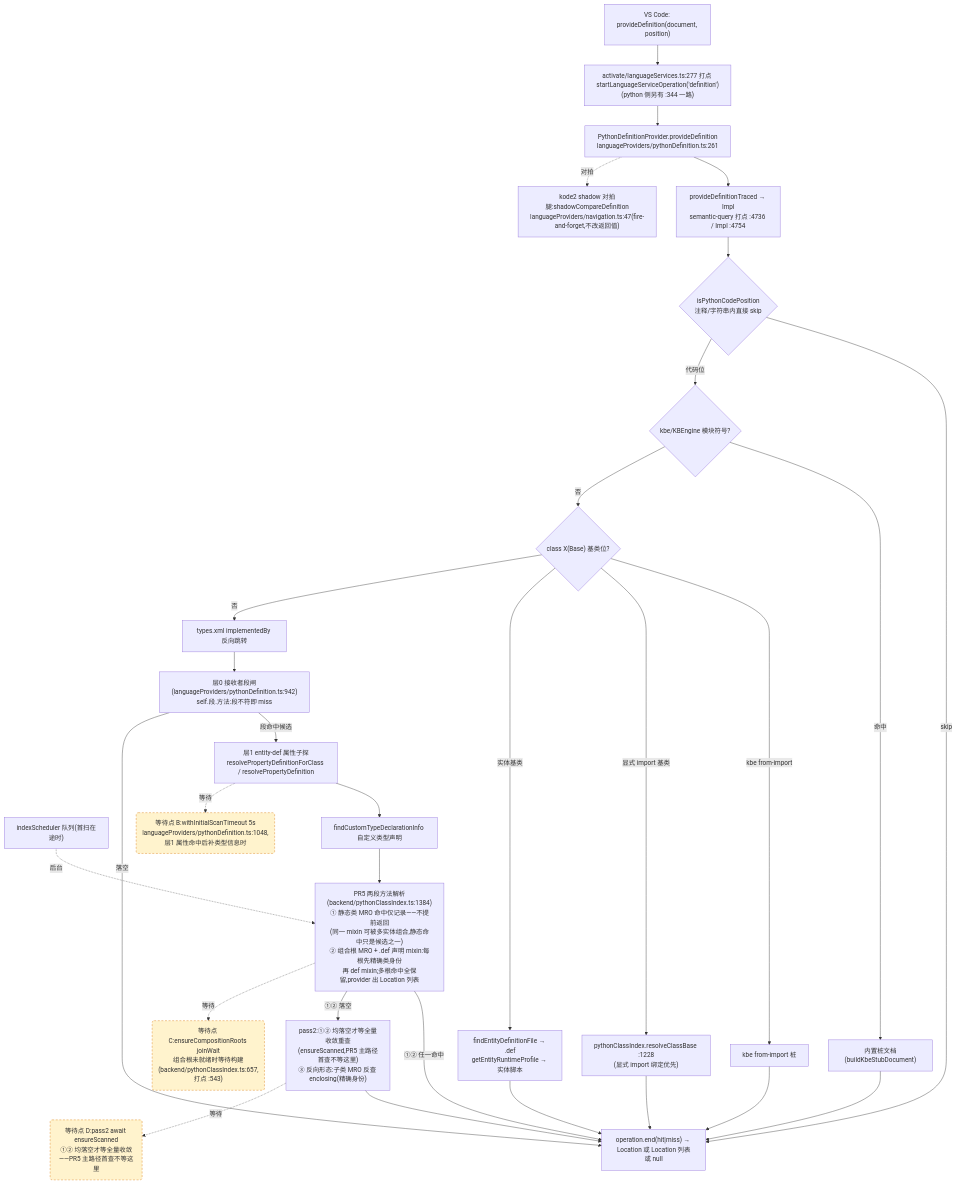
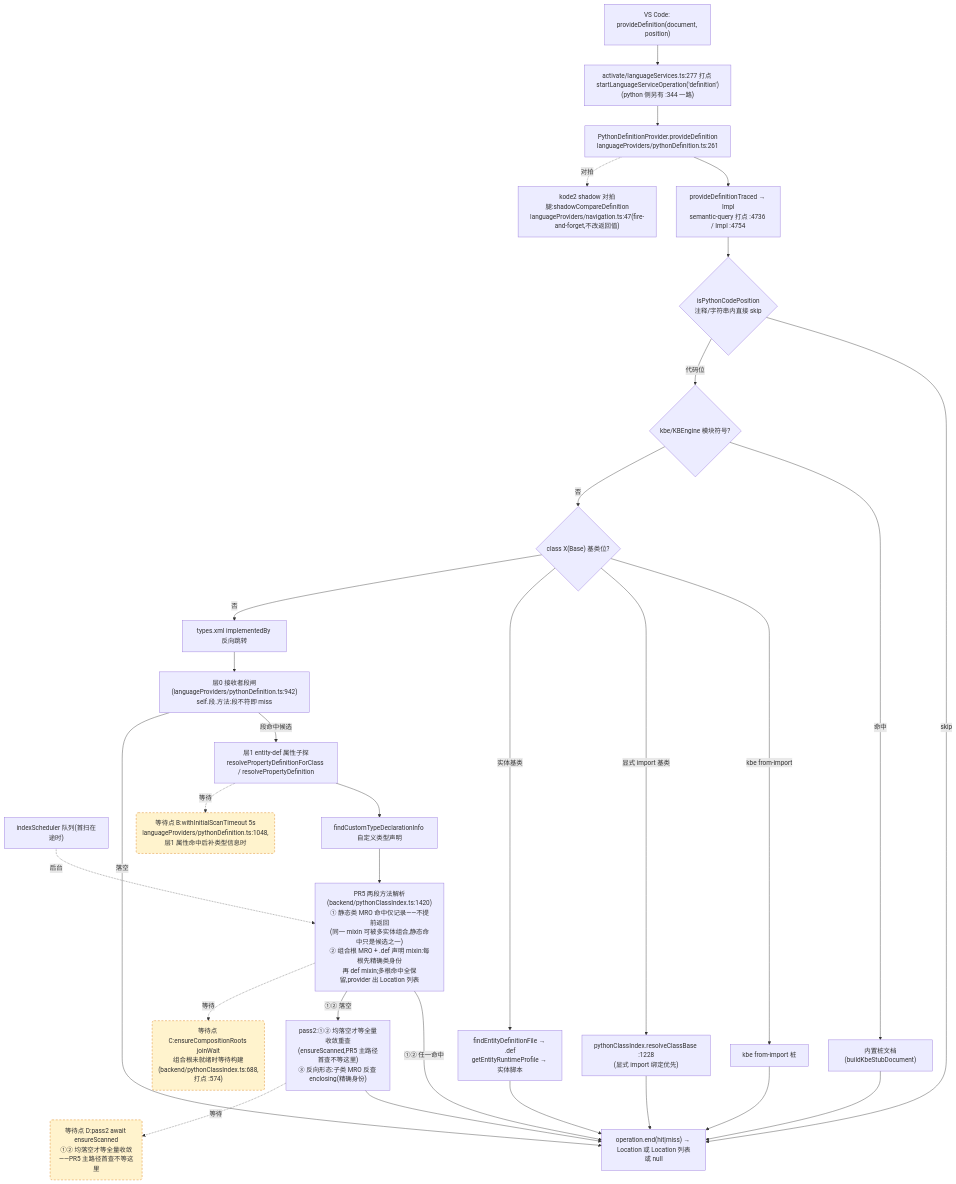
One commit to cuihairu/kode changed the second of 4 diagrams in docs/perf/2026-baseline.md. Above: the diagram before and after it, drawn with Mermaid. The commit also changed 5 other files, not shown here.

````diff
--- a/docs/perf/2026-baseline.md
+++ b/docs/perf/2026-baseline.md
@@ -140,51 +140,51 @@
 ```mermaid
 flowchart TD
   VC2["VS Code: provideDefinition(document, position)"]
   M2["activate/languageServices.ts:277 打点 startLanguageServiceOperation('definition')<br/>(python 侧另有 :344 一路)"]
   AD2["PythonDefinitionProvider.provideDefinition<br/>languageProviders/pythonDefinition.ts:261"]
   TR["provideDefinitionTraced → Impl<br/>semantic-query 打点 :4736 / Impl :4754"]
   CTX{"isPythonCodePosition<br/>注释/字符串内直接 skip"}
   KBE{"kbe/KBEngine 模块符号?"}
   STUB["内置桩文档(buildKbeStubDocument)"]
   CB{"class X(Base) 基类位?"}
   CB1["kbe from-import 桩"]
   CB2["pythonClassIndex.resolveClassBase :1228<br/>(显式 import 绑定优先)"]
   CB3["findEntityDefinitionFile → .def<br/>getEntityRuntimeProfile → 实体脚本"]
   REV["types.xml implementedBy 反向跳转"]
   L0["层0 接收者段闸(languageProviders/pythonDefinition.ts:942)<br/>self.段.方法:段不符即 miss"]
   L1["层1 entity-def 属性子探<br/>resolvePropertyDefinitionForClass / resolvePropertyDefinition"]
   SCAN["indexScheduler 队列(首扫在途时)"]
   TY["findCustomTypeDeclarationInfo 自定义类型声明"]
-  MRO["PR5 两段方法解析(backend/pythonClassIndex.ts:1384)<br/>① 静态类 MRO 命中仅记录——不提前返回<br/>(同一 mixin 可被多实体组合,静态命中只是候选之一)<br/>② 组合根 MRO + .def 声明 mixin:每根先精确类身份<br/>再 def mixin;多根命中全保留,provider 出 Location 列表"]
+  MRO["PR5 两段方法解析(backend/pythonClassIndex.ts:1420)<br/>① 静态类 MRO 命中仅记录——不提前返回<br/>(同一 mixin 可被多实体组合,静态命中只是候选之一)<br/>② 组合根 MRO + .def 声明 mixin:每根先精确类身份<br/>再 def mixin;多根命中全保留,provider 出 Location 列表"]
   PASS2["pass2:①② 均落空才等全量收敛重查<br/>(ensureScanned,PR5 主路径首查不等这里)<br/>③ 反向形态:子类 MRO 反查 enclosing(精确身份)"]
   SHD["kode2 shadow 对拍腿:shadowCompareDefinition<br/>languageProviders/navigation.ts:47(fire-and-forget,不改返回值)"]
   END2["operation.end(hit|miss) → Location 或 Location 列表或 null"]
 
   VC2 --> M2 --> AD2 --> TR --> CTX
   CTX -- "skip" --> END2
   CTX -- "代码位" --> KBE
   KBE -- "命中" --> STUB --> END2
   KBE -- "否" --> CB
   CB -- "kbe from-import" --> CB1 --> END2
   CB -- "显式 import 基类" --> CB2 --> END2
   CB -- "实体基类" --> CB3 --> END2
   CB -- "否" --> REV --> L0
   L0 -- "段命中候选" --> L1
   L0 -- "落空" --> END2
   L1 --> TY
   TY --> MRO
   MRO -- "①② 任一命中" --> END2
   MRO -- "①② 落空" --> PASS2 --> END2
   AD2 -.->|对拍| SHD
 
   WAITB("等待点 B:withInitialScanTimeout 5s<br/>languageProviders/pythonDefinition.ts:1048,层1 属性命中后补类型信息时")
-  WAITC("等待点 C:ensureCompositionRoots joinWait<br/>组合根未就绪时等待构建(backend/pythonClassIndex.ts:657,打点 :543)")
+  WAITC("等待点 C:ensureCompositionRoots joinWait<br/>组合根未就绪时等待构建(backend/pythonClassIndex.ts:688,打点 :574)")
   WAITD("等待点 D:pass2 await ensureScanned<br/>①② 均落空才等全量收敛——PR5 主路径首查不等这里")
   L1 -.->|等待| WAITB
   MRO -.->|等待| WAITC
   PASS2 -.->|等待| WAITD
   SCAN -.->|后台| MRO
 
   classDef waitPoint fill:#fff3cd,stroke:#d97706,stroke-dasharray:5 4;
   class WAITB,WAITC,WAITD waitPoint;
 ```
````
